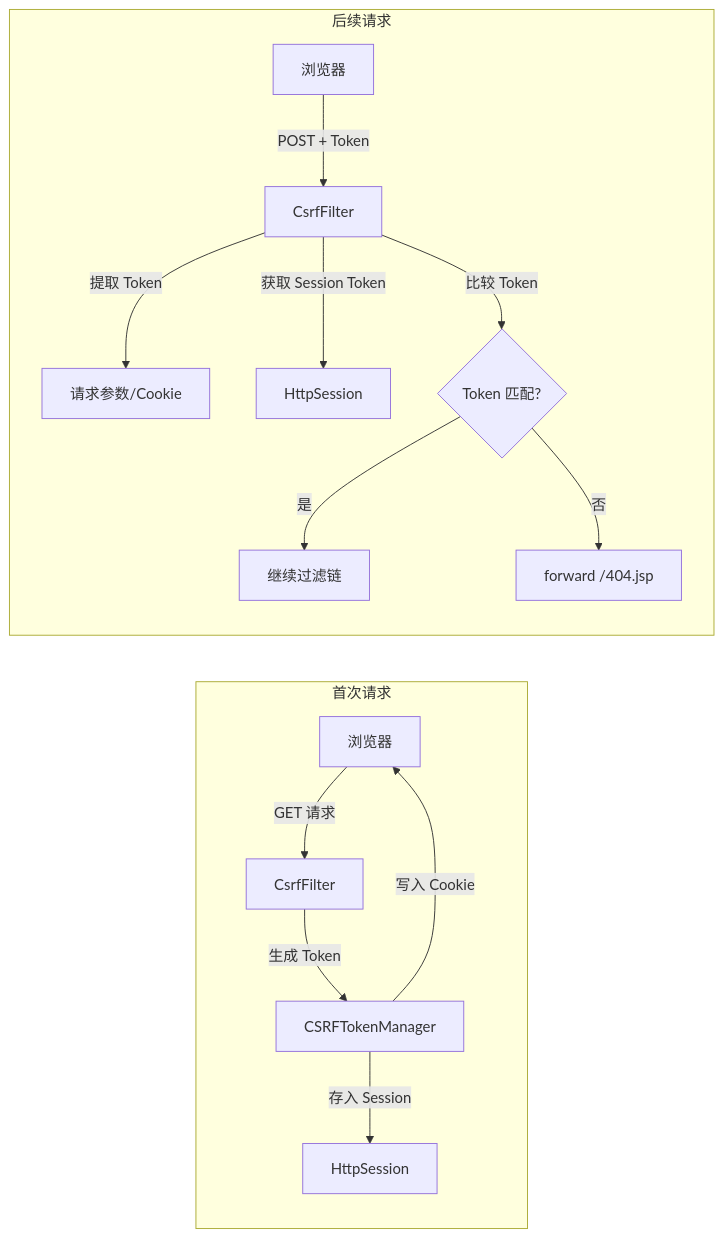
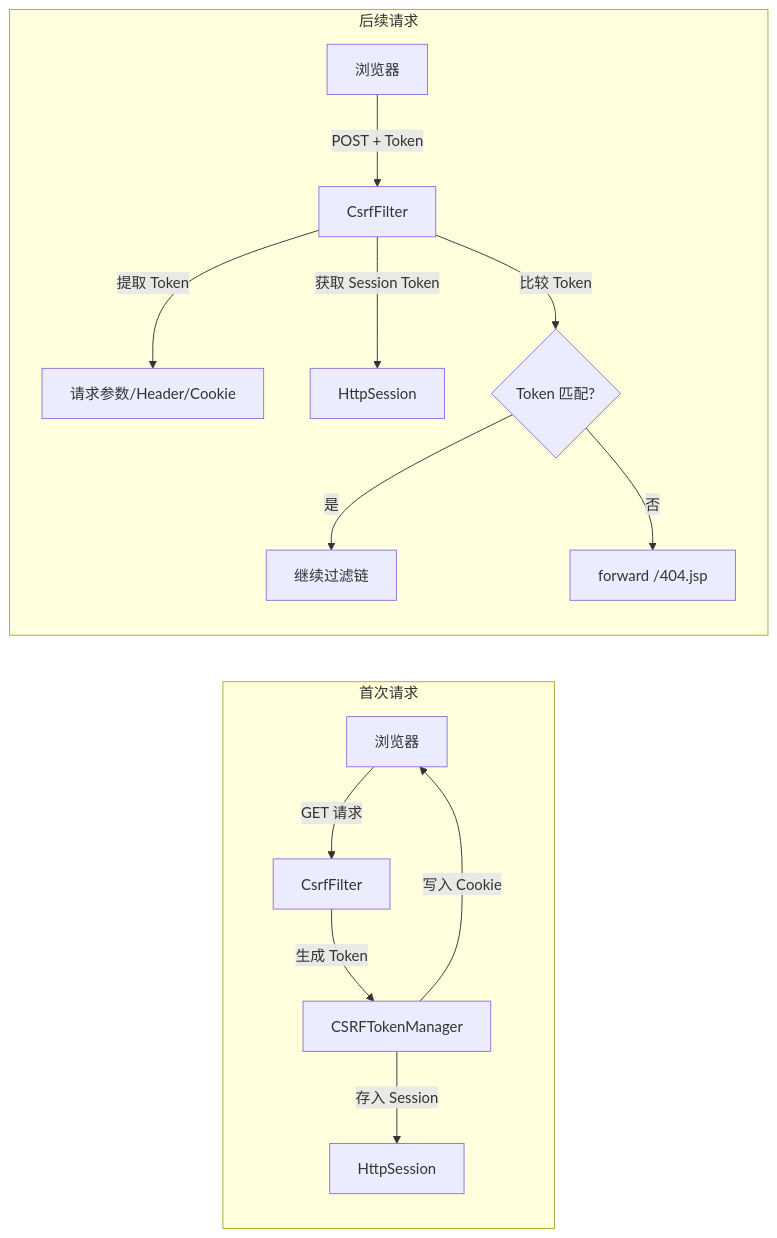
One commit to wrck/PMS changed the second of 7 diagrams in PMS-security/docs/04-mapping/data-flow.md. Above: the diagram before and after it, drawn with Mermaid. The commit also changed other lines of this file and 31 other files, not shown here.

````diff
--- a/PMS-security/docs/04-mapping/data-flow.md
+++ b/PMS-security/docs/04-mapping/data-flow.md
@@ -36,18 +34,18 @@
 ```mermaid
 graph LR
     subgraph 首次请求
         A1[浏览器] -->|GET 请求| B1[CsrfFilter]
         B1 -->|生成 Token| C1[CSRFTokenManager]
         C1 -->|存入 Session| D1[HttpSession]
         C1 -->|写入 Cookie| A1
     end
 
     subgraph 后续请求
         A2[浏览器] -->|POST + Token| B2[CsrfFilter]
-        B2 -->|提取 Token| C2[请求参数/Cookie]
+        B2 -->|提取 Token| C2[请求参数/Header/Cookie]
         B2 -->|获取 Session Token| D2[HttpSession]
         B2 -->|比较 Token| E2{Token 匹配?}
         E2 -->|是| F2[继续过滤链]
         E2 -->|否| G2[forward /404.jsp]
     end
 ```
````
